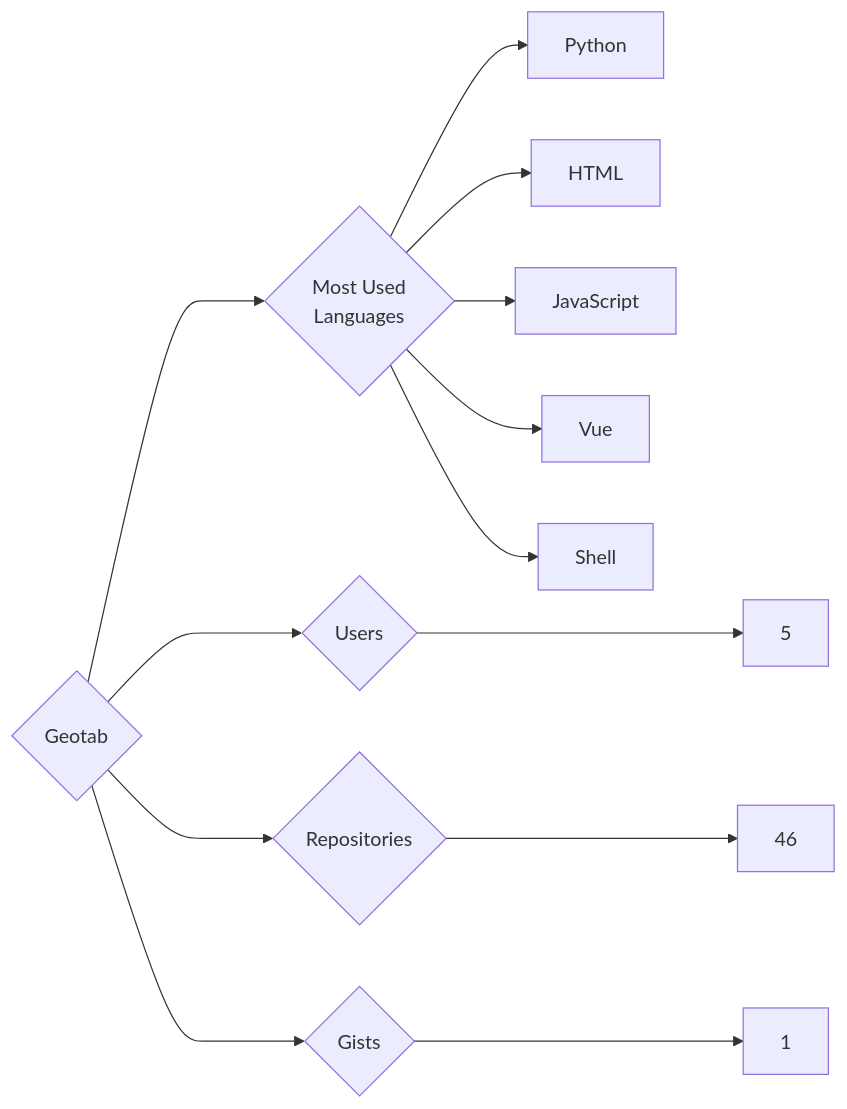
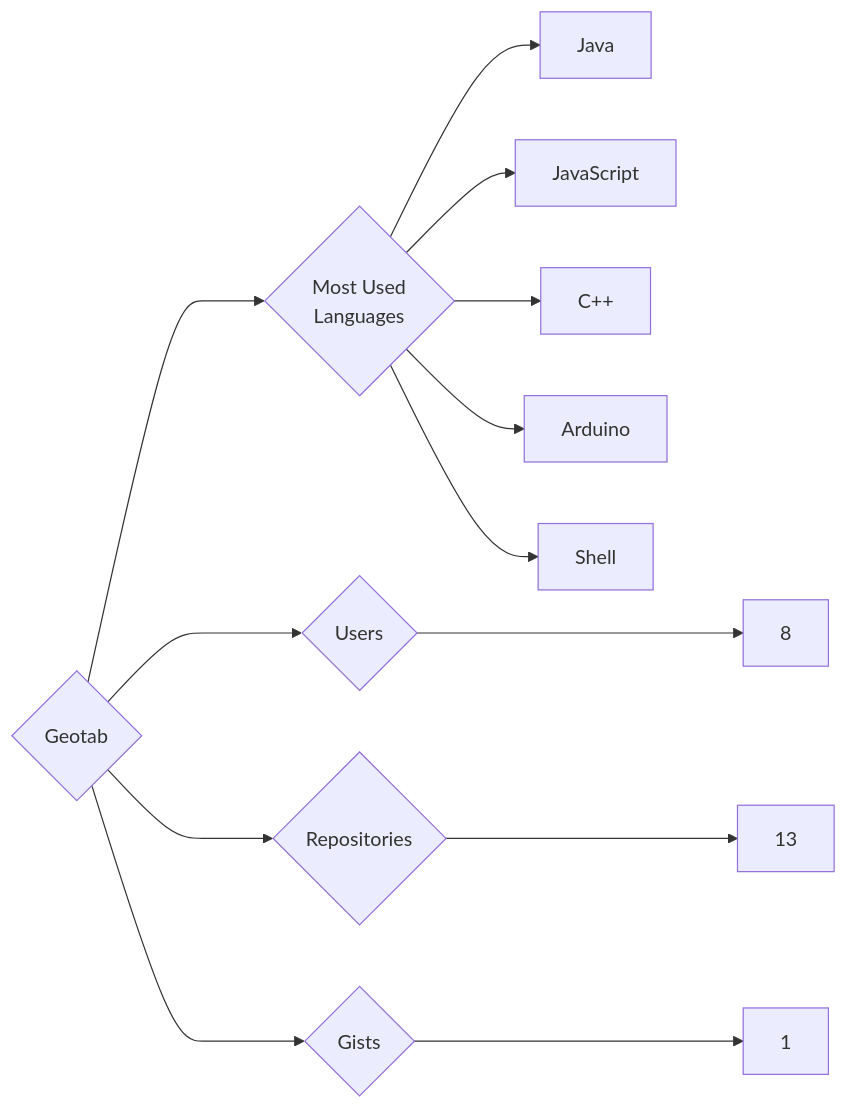
One commit to trickest/insiders changed the diagram in targets/Geotab/README.md. Above: the diagram before and after it, drawn with Mermaid. The commit also changed 993 other files, not shown here.

````diff
--- a/targets/Geotab/README.md
+++ b/targets/Geotab/README.md
@@ -3,13 +3,13 @@
 ```mermaid
 graph LR
 COMPANY_NAME{Geotab}
-COMPANY_NAME ---> U{Users} ---> UN[5]
-COMPANY_NAME ---> R{Repositories} ---> RN[46]
+COMPANY_NAME ---> U{Users} ---> UN[8]
+COMPANY_NAME ---> R{Repositories} ---> RN[13]
 COMPANY_NAME ---> G{Gists} ---> GN[1]
 COMPANY_NAME ---> ML{Most Used<br>Languages}
-ML --> Python[Python]
-ML --> HTML[HTML]
+ML --> Java[Java]
 ML --> JavaScript[JavaScript]
-ML --> Vue[Vue]
+ML --> C++[C++]
+ML --> Arduino[Arduino]
 ML --> Shell[Shell]
 ```
````
